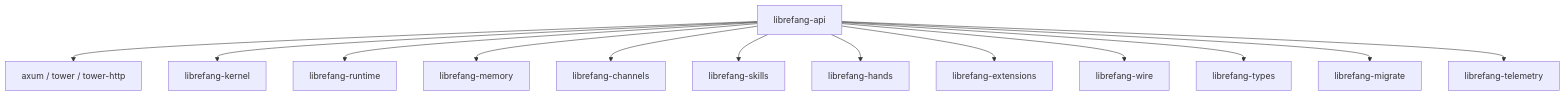
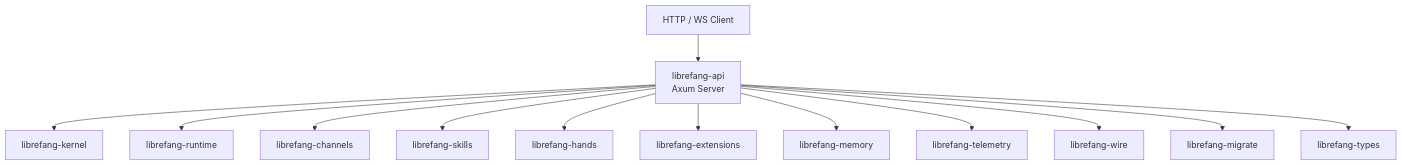
The diagram in other-librefang-api.md (leszek3737/librefang-WIki), drawn with Mermaid before and after one commit. The commit also changed other lines of this file and 98 other files, not shown here.

````diff
--- a/other-librefang-api.md
+++ b/other-librefang-api.md
@@ -11,16 +9,15 @@
 ```mermaid
 graph TD
-    API[librefang-api]
-    API --> AXM[axum / tower / tower-http]
-    API --> KERN[librefang-kernel]
-    API --> RUNTIME[librefang-runtime]
-    API --> MEM[librefang-memory]
-    API --> CH[librefang-channels]
-    API --> SKILLS[librefang-skills]
-    API --> HANDS[librefang-hands]
-    API --> EXT[librefang-extensions]
-    API --> WIRE[librefang-wire]
-    API --> TYPES[librefang-types]
-    API --> MIG[librefang-migrate]
-    API --> TELEM[librefang-telemetry]
+    Client[HTTP / WS Client] --> API[librefang-api<br/>Axum Server]
+    API --> Kernel[librefang-kernel]
+    API --> Runtime[librefang-runtime]
+    API --> Channels[librefang-channels]
+    API --> Skills[librefang-skills]
+    API --> Hands[librefang-hands]
+    API --> Extensions[librefang-extensions]
+    API --> Memory[librefang-memory]
+    API --> Telemetry[librefang-telemetry]
+    API --> Wire[librefang-wire]
+    API --> Migrate[librefang-migrate]
+    API --> Types[librefang-types]
 ```
````
